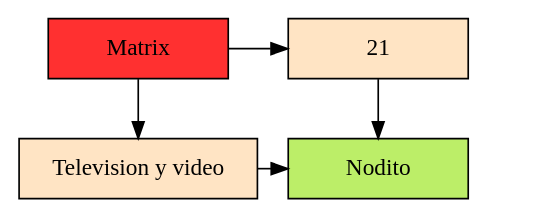
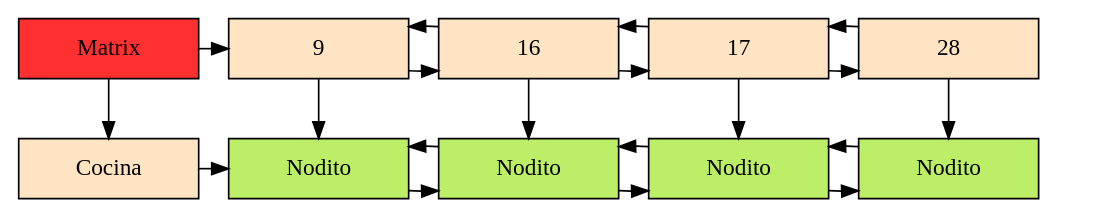
The diagram in EDD_VirtualMall/Backend/Dots/matriz.dot (JAlvarez9/EDD_VirtualMall_201900528), drawn with Graphviz before and after one commit. The commit also changed 18 other files, not shown here.

```diff
--- a/EDD_VirtualMall/Backend/Dots/matriz.dot
+++ b/EDD_VirtualMall/Backend/Dots/matriz.dot
@@ -1,15 +1,36 @@
 digraph G{ 
 node [shape=box] 
  Mt[ label = "Matrix", width = 1.5, style = filled, fillcolor = firebrick1, group = 1 ]; 
 e0[ shape = point, width = 0 ]; 
 e1[ shape = point, width = 0 ]; 
-node0xc000057140 [label = "Television y video"    width = 1.5 style = filled, fillcolor = bisque1, group = 1 ]; 
-node0xc000058f00 [label = "21"    width = 1.5 style = filled, fillcolor = bisque1, group = 2 ]; 
-Mt -> node0xc000057140 
-Mt -> node0xc000058f00 
-{ rank = same; Mt;  node0xc000058f00;} 
-node0xc000058f00 -> node0xc000025ba0; 
-node0xc000025ba0 [label = "Nodito" style = filled, fillcolor = darkolivegreen2	 width = 1.5, group = 2 ]; 
-node0xc000057140 -> node0xc000025ba0; 
-{ rank = same; node0xc000057140; node0xc000025ba0;} 
+node0xc0004a2000 [label = "Cocina"    width = 1.5 style = filled, fillcolor = bisque1, group = 1 ]; 
+node0xc00018d7c0 [label = "9"    width = 1.5 style = filled, fillcolor = bisque1, group = 2 ]; 
+node0xc00018d7c0 -> node0xc00018d6d0; 
+node0xc00018d6d0 -> node0xc00018d7c0; 
+node0xc00018d6d0 [label = "16"    width = 1.5 style = filled, fillcolor = bisque1, group = 3 ]; 
+node0xc00018d6d0 -> node0xc00018d8b0; 
+node0xc00018d8b0 -> node0xc00018d6d0; 
+node0xc00018d8b0 [label = "17"    width = 1.5 style = filled, fillcolor = bisque1, group = 4 ]; 
+node0xc00018d8b0 -> node0xc00018d720; 
+node0xc00018d720 -> node0xc00018d8b0; 
+node0xc00018d720 [label = "28"    width = 1.5 style = filled, fillcolor = bisque1, group = 5 ]; 
+Mt -> node0xc0004a2000 
+Mt -> node0xc00018d7c0 
+{ rank = same; Mt;  node0xc00018d7c0;node0xc00018d6d0;node0xc00018d8b0;node0xc00018d720;} 
+node0xc00018d7c0 -> node0xc0004a04e0; 
+node0xc0004a04e0 [label = "Nodito" style = filled, fillcolor = darkolivegreen2	 width = 1.5, group = 2 ]; 
+node0xc00018d6d0 -> node0xc0004a0270; 
+node0xc0004a0270 [label = "Nodito" style = filled, fillcolor = darkolivegreen2	 width = 1.5, group = 3 ]; 
+node0xc00018d8b0 -> node0xc0004a0750; 
+node0xc0004a0750 [label = "Nodito" style = filled, fillcolor = darkolivegreen2	 width = 1.5, group = 4 ]; 
+node0xc00018d720 -> node0xc0004a0340; 
+node0xc0004a0340 [label = "Nodito" style = filled, fillcolor = darkolivegreen2	 width = 1.5, group = 5 ]; 
+node0xc0004a2000 -> node0xc0004a04e0; 
+node0xc0004a04e0 -> node0xc0004a0270; 
+node0xc0004a0270 -> node0xc0004a04e0; 
+node0xc0004a0270 -> node0xc0004a0750; 
+node0xc0004a0750 -> node0xc0004a0270; 
+node0xc0004a0750 -> node0xc0004a0340; 
+node0xc0004a0340 -> node0xc0004a0750; 
+{ rank = same; node0xc0004a2000; node0xc0004a04e0;node0xc0004a0270;node0xc0004a0750;node0xc0004a0340;} 
 } 
```
